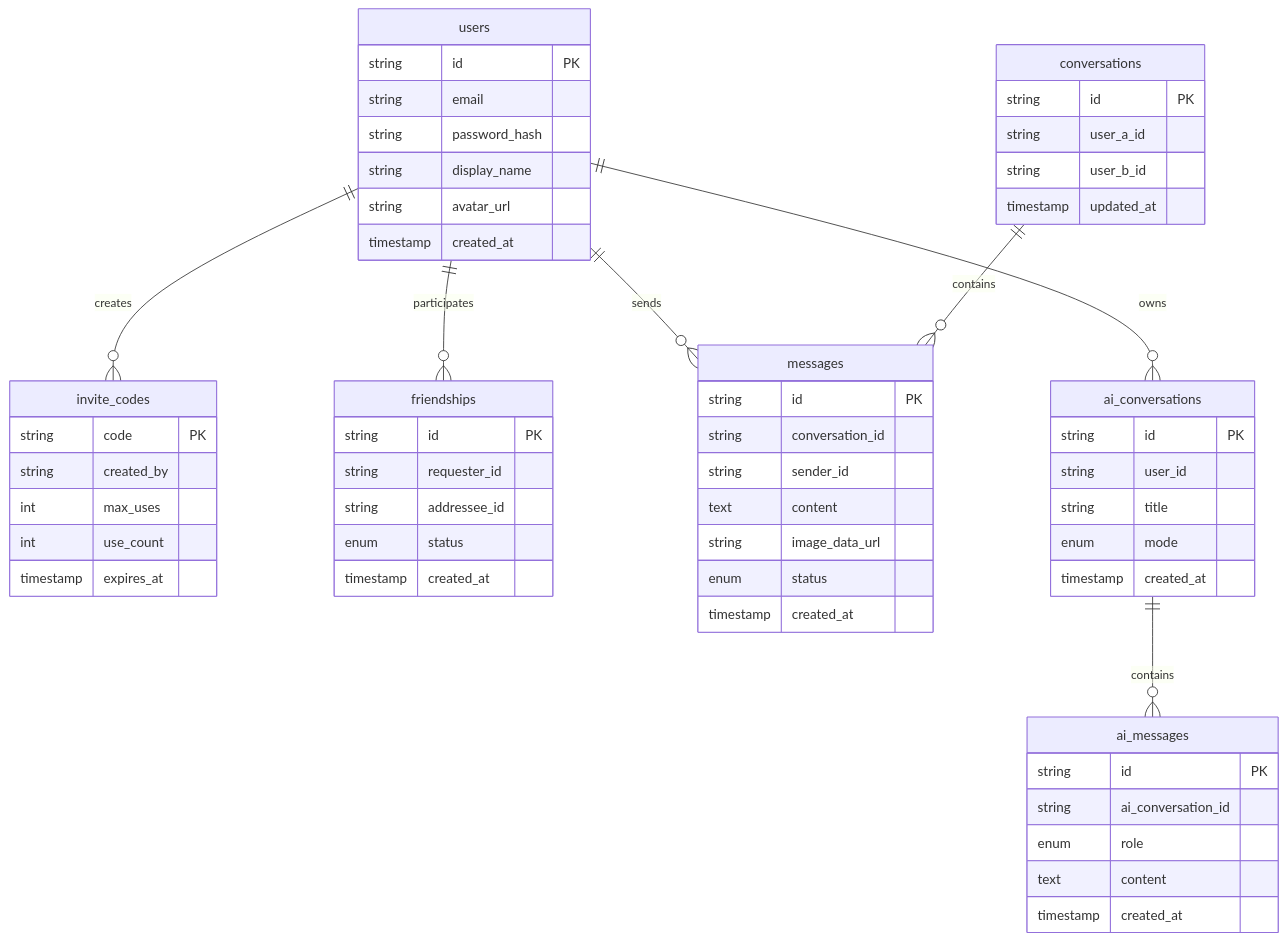
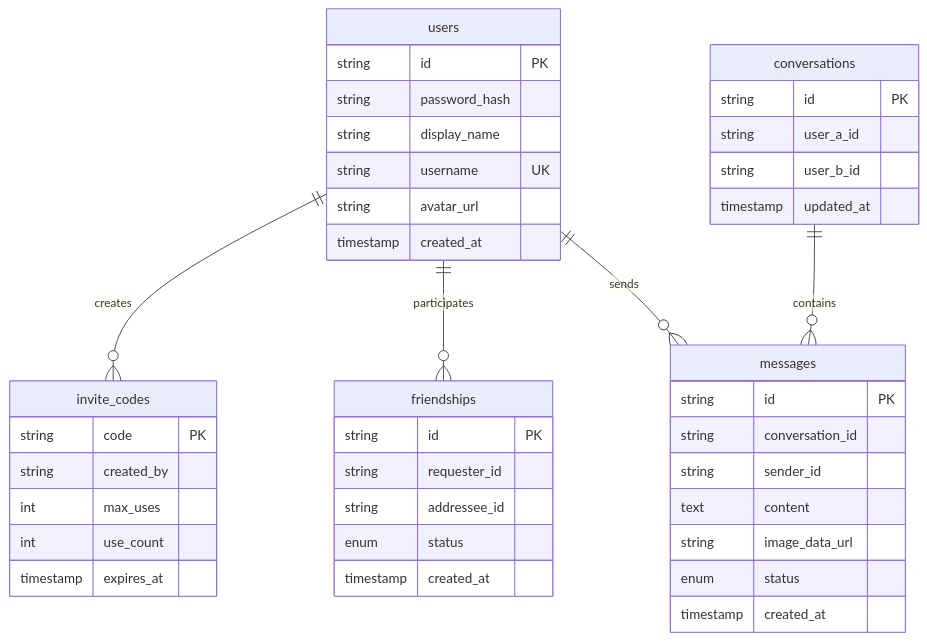
One commit to AINativeSchool/demo-school-chat changed the second of 3 diagrams in TECHNICAL_DESIGN.md. Above: the diagram before and after it, drawn with Mermaid. The commit also changed other lines of this file and 64 other files, not shown here.

````diff
--- a/TECHNICAL_DESIGN.md
+++ b/TECHNICAL_DESIGN.md
@@ -78,67 +97,49 @@
 ```mermaid
 erDiagram
   users ||--o{ invite_codes : creates
   users ||--o{ friendships : participates
   users ||--o{ messages : sends
-  users ||--o{ ai_conversations : owns
   conversations ||--o{ messages : contains
-  ai_conversations ||--o{ ai_messages : contains
 
   users {
     string id PK
-    string email
     string password_hash
     string display_name
+    string username UK
     string avatar_url
     timestamp created_at
   }
 
   invite_codes {
     string code PK
     string created_by
     int max_uses
     int use_count
     timestamp expires_at
   }
 
   friendships {
     string id PK
     string requester_id
     string addressee_id
     enum status
     timestamp created_at
   }
 
   conversations {
     string id PK
     string user_a_id
     string user_b_id
     timestamp updated_at
   }
 
   messages {
     string id PK
     string conversation_id
     string sender_id
     text content
     string image_data_url
     enum status
     timestamp created_at
   }
-
-  ai_conversations {
-    string id PK
-    string user_id
-    string title
-    enum mode
-    timestamp created_at
-  }
-
-  ai_messages {
-    string id PK
-    string ai_conversation_id
-    enum role
-    text content
-    timestamp created_at
-  }
 ```
````
